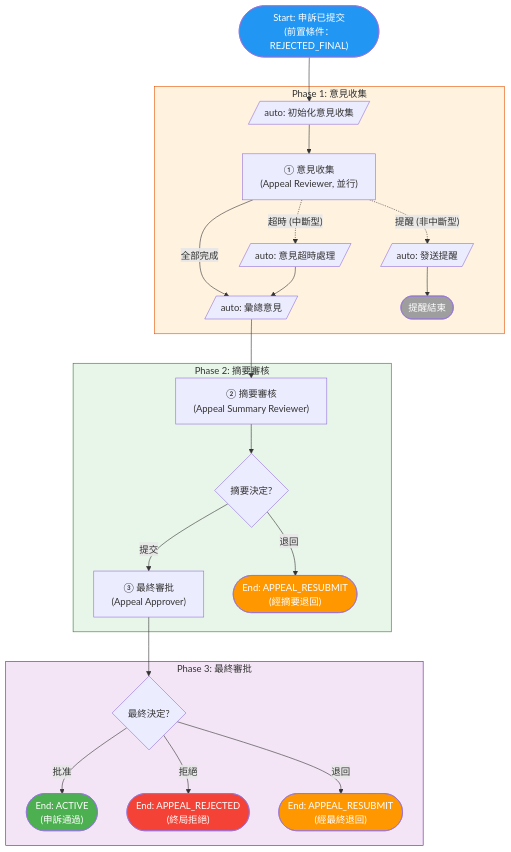
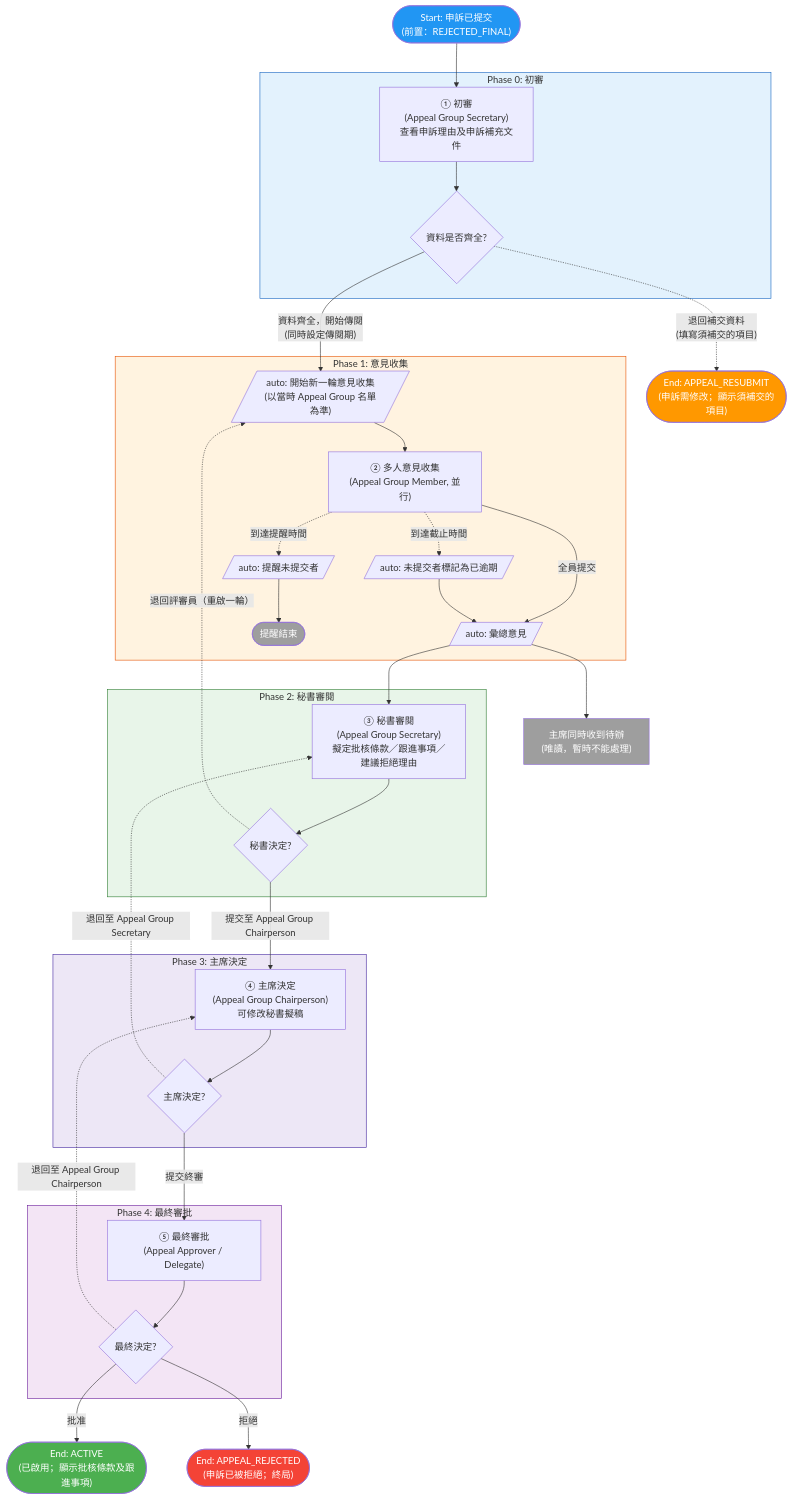
The fourth of 6 diagrams in student-org-workflow-flowcharts.md (OneStar-Projects/SLAS-Docs), drawn with Mermaid before and after one commit. The commit also changed other lines of this file and 12 other files, not shown here.

````diff
--- a/student-org-workflow-flowcharts.md
+++ b/student-org-workflow-flowcharts.md
@@ -266,48 +332,71 @@
 ```mermaid
 flowchart TD
-    Start(["Start: 申訴已提交<br/>(前置條件：REJECTED_FINAL)"])
-    Start --> InitOpinion
+    Start(["Start: 申訴已提交<br/>(前置：REJECTED_FINAL)"])
+    EndSupplement(["End: APPEAL_RESUBMIT<br/>(申訴需修改；顯示須補交的項目)"])
+    EndApproved(["End: ACTIVE<br/>(已啟用；顯示批核條款及跟進事項)"])
+    EndRejected(["End: APPEAL_REJECTED<br/>(申訴已被拒絕；終局)"])
+
+    Start --> AppealSecretaryCheck
+
+    subgraph Phase0["Phase 0: 初審"]
+        AppealSecretaryCheck["① 初審<br/>(Appeal Group Secretary)<br/>查看申訴理由及申訴補充文件"]
+        AppealSecretaryCheck --> InitGate{資料是否齊全?}
+    end
+
+    InitGate -.->|"退回補交資料<br/>(填寫須補交的項目)"| EndSupplement
+    InitGate -->|"資料齊全，開始傳閱<br/>(同時設定傳閱期)"| InitOpinion
 
     subgraph Phase1["Phase 1: 意見收集"]
-        InitOpinion[/"auto: 初始化意見收集"/]
-        InitOpinion --> CollectOpinions["① 意見收集<br/>(Appeal Reviewer, 並行)"]
+        InitOpinion[/"auto: 開始新一輪意見收集<br/>(以當時 Appeal Group 名單為準)"/]
+        InitOpinion --> CollectOpinions["② 多人意見收集<br/>(Appeal Group Member, 並行)"]
 
-        CollectOpinions -->|"全部完成"| SummarizeOpinions
-        CollectOpinions -.->|"超時 (中斷型)"| TimeoutHandler[/"auto: 意見超時處理"/]
-        CollectOpinions -.->|"提醒 (非中斷型)"| SendReminder[/"auto: 發送提醒"/]
+        CollectOpinions -->|"全員提交"| SummarizeOpinions
+        CollectOpinions -.->|"到達截止時間"| TimeoutHandler[/"auto: 未提交者標記為已逾期"/]
+        CollectOpinions -.->|"到達提醒時間"| SendReminder[/"auto: 提醒未提交者"/]
 
         TimeoutHandler --> SummarizeOpinions
         SendReminder --> ReminderEnd(["提醒結束"])
+
+        SummarizeOpinions[/"auto: 彙總意見"/]
     end
 
-    subgraph Phase2["Phase 2: 摘要審核"]
-        SummarizeOpinions[/"auto: 彙總意見"/]
-        SummarizeOpinions --> SummaryReview["② 摘要審核<br/>(Appeal Summary Reviewer)"]
-        SummaryReview --> SummaryDecision{摘要決定?}
-        SummaryDecision -->|"提交"| FinalApproval
-        SummaryDecision -->|"退回"| EndResubmitSummary
+    SummarizeOpinions --> AppealSecretaryReview
+    SummarizeOpinions --> AppealChairLocked["主席同時收到待辦<br/>(唯讀，暫時不能處理)"]
+
+    subgraph Phase2["Phase 2: 秘書審閱"]
+        AppealSecretaryReview["③ 秘書審閱<br/>(Appeal Group Secretary)<br/>擬定批核條款／跟進事項／建議拒絕理由"]
+        AppealSecretaryReview --> SecretaryGate{秘書決定?}
     end
 
-    subgraph Phase3["Phase 3: 最終審批"]
-        FinalApproval["③ 最終審批<br/>(Appeal Approver)"]
-        FinalApproval --> FinalDecision{最終決定?}
-        FinalDecision -->|"批准"| EndApproved
-        FinalDecision -->|"拒絕"| EndRejected
-        FinalDecision -->|"退回"| EndResubmitFinal
+    SecretaryGate -.->|"退回評審員（重啟一輪）"| InitOpinion
+    SecretaryGate -->|"提交至 Appeal Group Chairperson"| AppealChairDecision
+
+    subgraph Phase3["Phase 3: 主席決定"]
+        AppealChairDecision["④ 主席決定<br/>(Appeal Group Chairperson)<br/>可修改秘書擬稿"]
+        AppealChairDecision --> ChairGate{主席決定?}
     end
 
-    EndApproved(["End: ACTIVE<br/>(申訴通過)"])
-    EndRejected(["End: APPEAL_REJECTED<br/>(終局拒絕)"])
-    EndResubmitSummary(["End: APPEAL_RESUBMIT<br/>(經摘要退回)"])
-    EndResubmitFinal(["End: APPEAL_RESUBMIT<br/>(經最終退回)"])
+    ChairGate -.->|"退回至 Appeal Group Secretary"| AppealSecretaryReview
+    ChairGate -->|"提交終審"| FinalApproval
+
+    subgraph Phase4["Phase 4: 最終審批"]
+        FinalApproval["⑤ 最終審批<br/>(Appeal Approver / Delegate)"]
+        FinalApproval --> FinalGate{最終決定?}
+    end
+
+    FinalGate -->|"批准"| EndApproved
+    FinalGate -->|"拒絕"| EndRejected
+    FinalGate -.->|"退回至 Appeal Group Chairperson"| AppealChairDecision
 
     style Start fill:#2196F3,color:#fff
     style EndApproved fill:#4CAF50,color:#fff
     style EndRejected fill:#f44336,color:#fff
-    style EndResubmitSummary fill:#FF9800,color:#fff
-    style EndResubmitFinal fill:#FF9800,color:#fff
+    style EndSupplement fill:#FF9800,color:#fff
     style ReminderEnd fill:#9E9E9E,color:#fff
+    style AppealChairLocked fill:#9E9E9E,color:#fff
+    style Phase0 fill:#E3F2FD,stroke:#1565C0
     style Phase1 fill:#FFF3E0,stroke:#E65100
     style Phase2 fill:#E8F5E9,stroke:#2E7D32
-    style Phase3 fill:#F3E5F5,stroke:#6A1B9A
+    style Phase3 fill:#EDE7F6,stroke:#4527A0
+    style Phase4 fill:#F3E5F5,stroke:#6A1B9A
 ```
````
